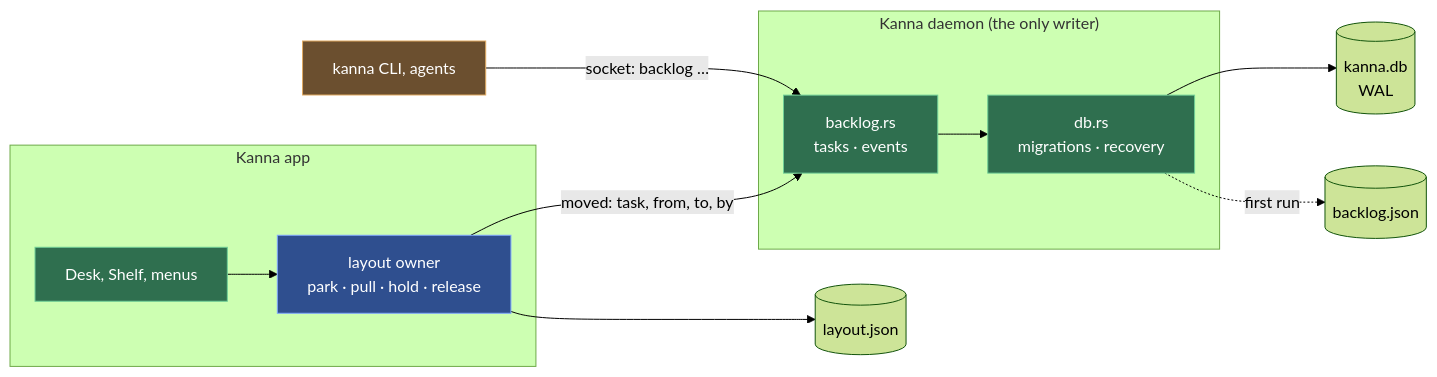
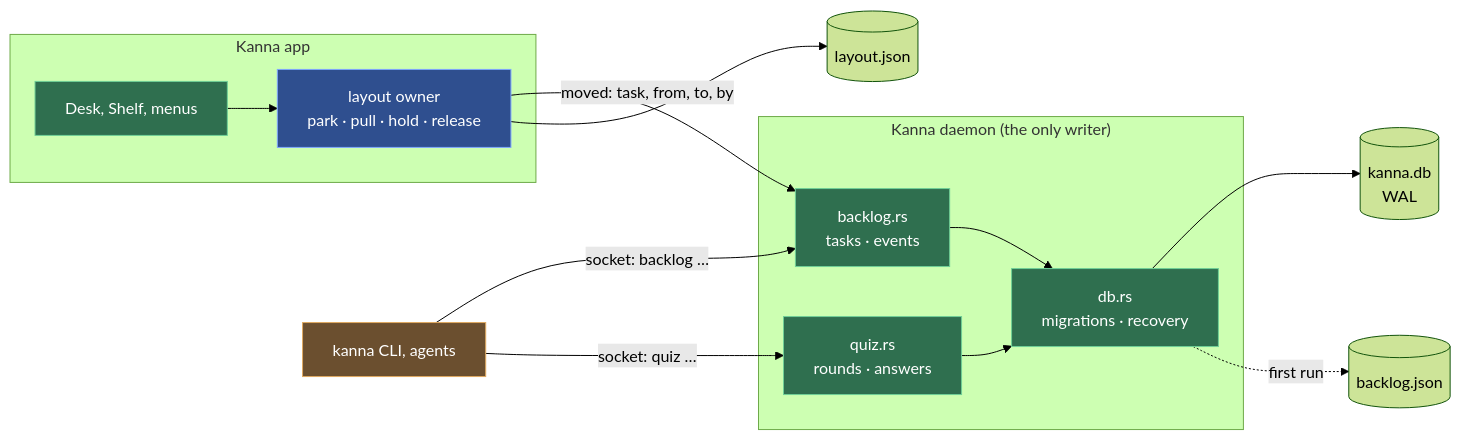
One commit to jemdiggity/kanna-v4 changed the first of 2 diagrams in docs/specs/database.md. Above: the diagram before and after it, drawn with Mermaid (forest theme). The commit also changed other lines of this file and 13 other files, not shown here.

````diff
--- a/docs/specs/database.md
+++ b/docs/specs/database.md
@@ -7,20 +7,22 @@
 ```mermaid
 flowchart LR
     CLI["kanna CLI, agents"] -->|"socket: backlog …"| D
+    CLI -->|"socket: quiz …"| Q
     subgraph APP["Kanna app"]
         UI["Desk, Shelf, menus"] --> OWN["layout owner<br/>park · pull · hold · release"]
     end
     OWN -->|"moved: task, from, to, by"| D
     subgraph DP["Kanna daemon (the only writer)"]
         D["backlog.rs<br/>tasks · events"] --> DB["db.rs<br/>migrations · recovery"]
+        Q["quiz.rs<br/>rounds · answers"] --> DB
     end
     DB --> F[("kanna.db<br/>WAL")]
     DB -. "first run" .-> J[("backlog.json")]
     OWN --> L[("layout.json")]
     classDef kanna fill:#2f6f4f,stroke:#6fcf97,color:#ffffff
     classDef kmux fill:#2f4f8f,stroke:#7fa7ff,color:#ffffff
     classDef ext fill:#6b4f2f,stroke:#e0a960,color:#ffffff
-    class UI,D,DB kanna
+    class UI,D,Q,DB kanna
     class OWN kmux
     class CLI ext
 ```
````
